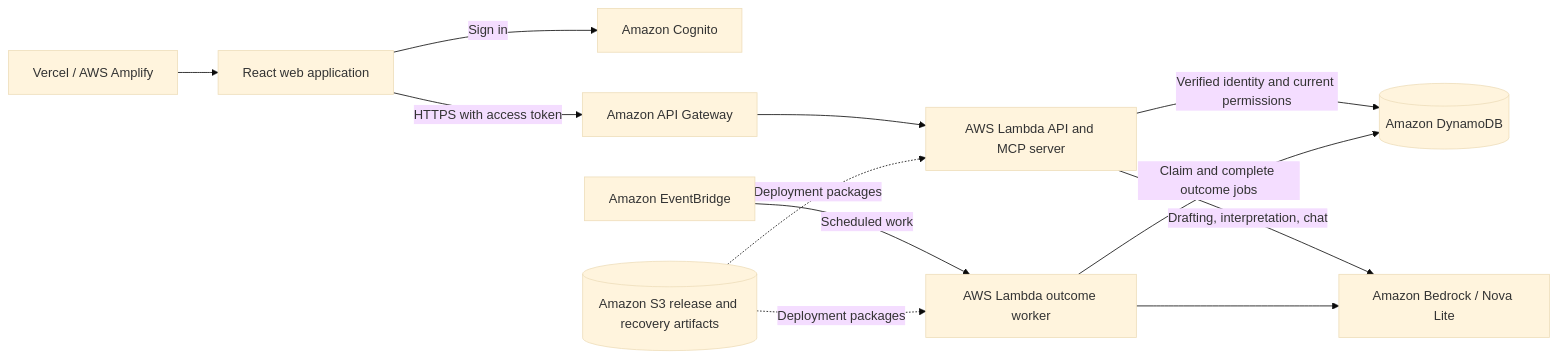
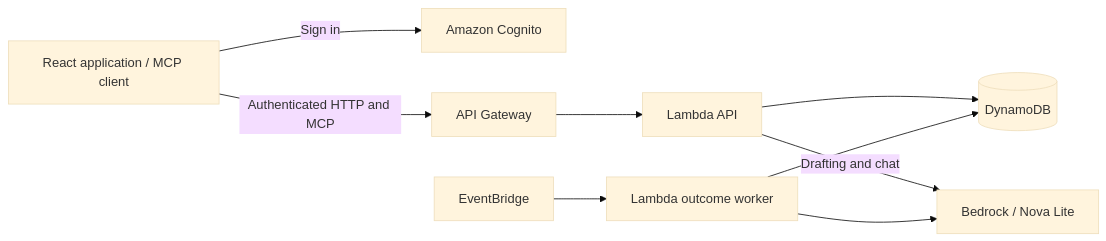
The diagram in README.md (Known-Enough/known-enough), drawn with Mermaid (base theme) before and after one commit. The commit also changed other lines of this file and 13 other files, not shown here.

````diff
--- a/README.md
+++ b/README.md
@@ -30,24 +25,11 @@
 ```mermaid
 flowchart LR
-    Browser[React web application]
-    Hosting[Vercel / AWS Amplify]
-    Cognito[Amazon Cognito]
-    Gateway[Amazon API Gateway]
-    API[AWS Lambda API and MCP server]
-    Data[(Amazon DynamoDB)]
-    Timer[Amazon EventBridge]
-    Worker[AWS Lambda outcome worker]
-    Model[Amazon Bedrock / Nova Lite]
-    Artifacts[(Amazon S3 release and recovery artifacts)]
-    Hosting --> Browser
-    Browser -->|Sign in| Cognito
-    Browser -->|HTTPS with access token| Gateway
-    Gateway --> API
-    API -->|Verified identity and current permissions| Data
-    API -->|Drafting, interpretation, chat| Model
-    Timer -->|Scheduled work| Worker
-    Worker -->|Claim and complete outcome jobs| Data
-    Worker --> Model
-    Artifacts -.->|Deployment packages| API
-    Artifacts -.->|Deployment packages| Worker
+    Web[React application / MCP client] -->|Sign in| Cognito[Amazon Cognito]
+    Web -->|Authenticated HTTP and MCP| Gateway[API Gateway]
+    Gateway --> API[Lambda API]
+    API --> Data[(DynamoDB)]
+    API -->|Drafting and chat| Bedrock[Bedrock / Nova Lite]
+    Schedule[EventBridge] --> Worker[Lambda outcome worker]
+    Worker --> Data
+    Worker --> Bedrock
 ```
````
